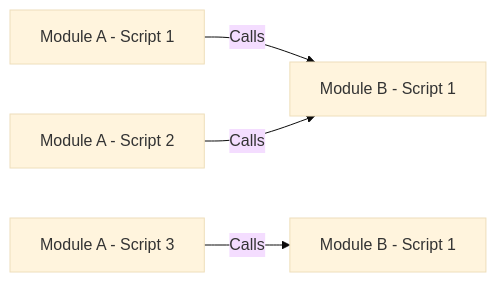
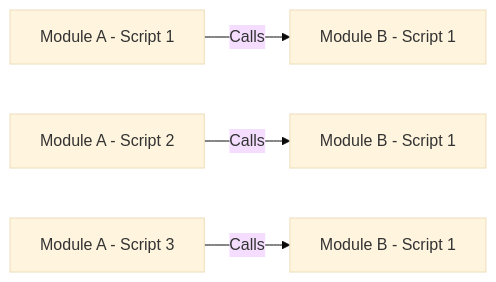
Before and after one commit to CloudChi/FX-Framework: the first of 2 diagrams in Dependencies.md, drawn with Mermaid (base theme).

````diff
--- a/Dependencies.md
+++ b/Dependencies.md
@@ -8,6 +8,6 @@
 ```mermaid
 graph LR
 A[Module A - Script 1] -- Calls --> E[Module B - Script 1] 
-B[Module A - Script 2] -- Calls --> E[Module B - Script 1]
+B[Module A - Script 2] -- Calls --> F[Module B - Script 1]
 C[Module A - Script 3] -- Calls --> G[Module B - Script 1]
 ```
````
